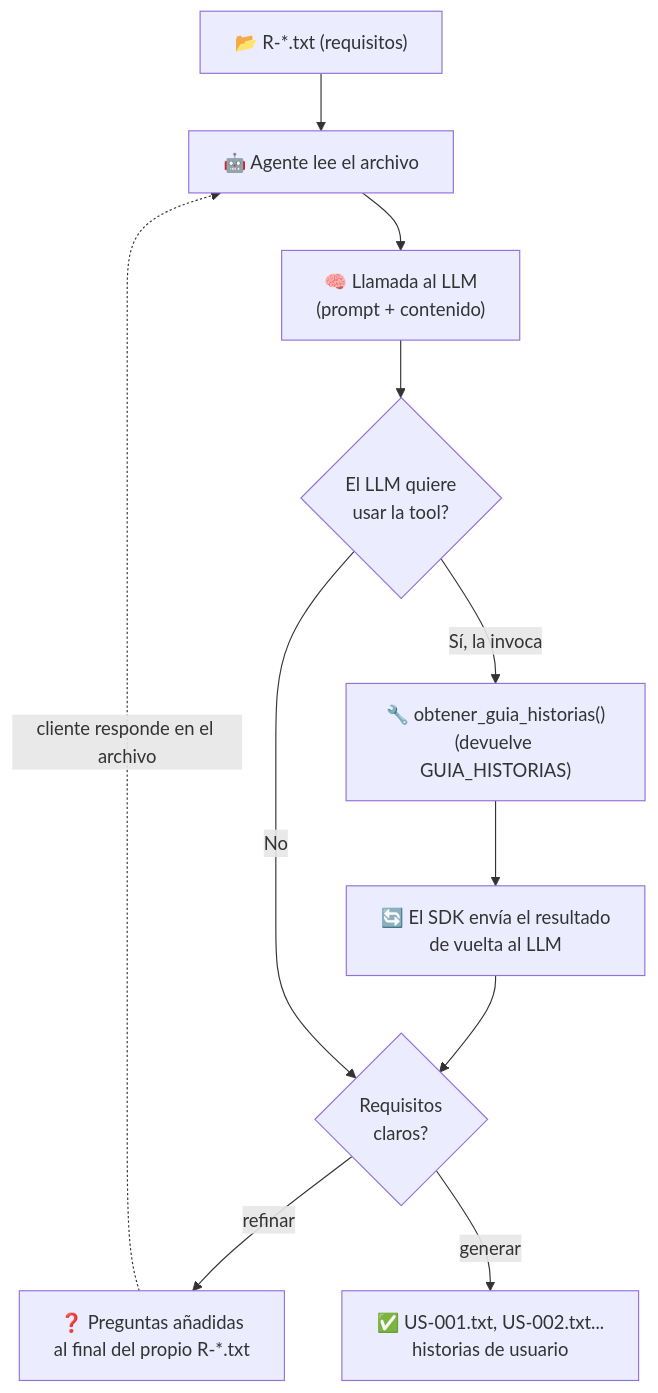
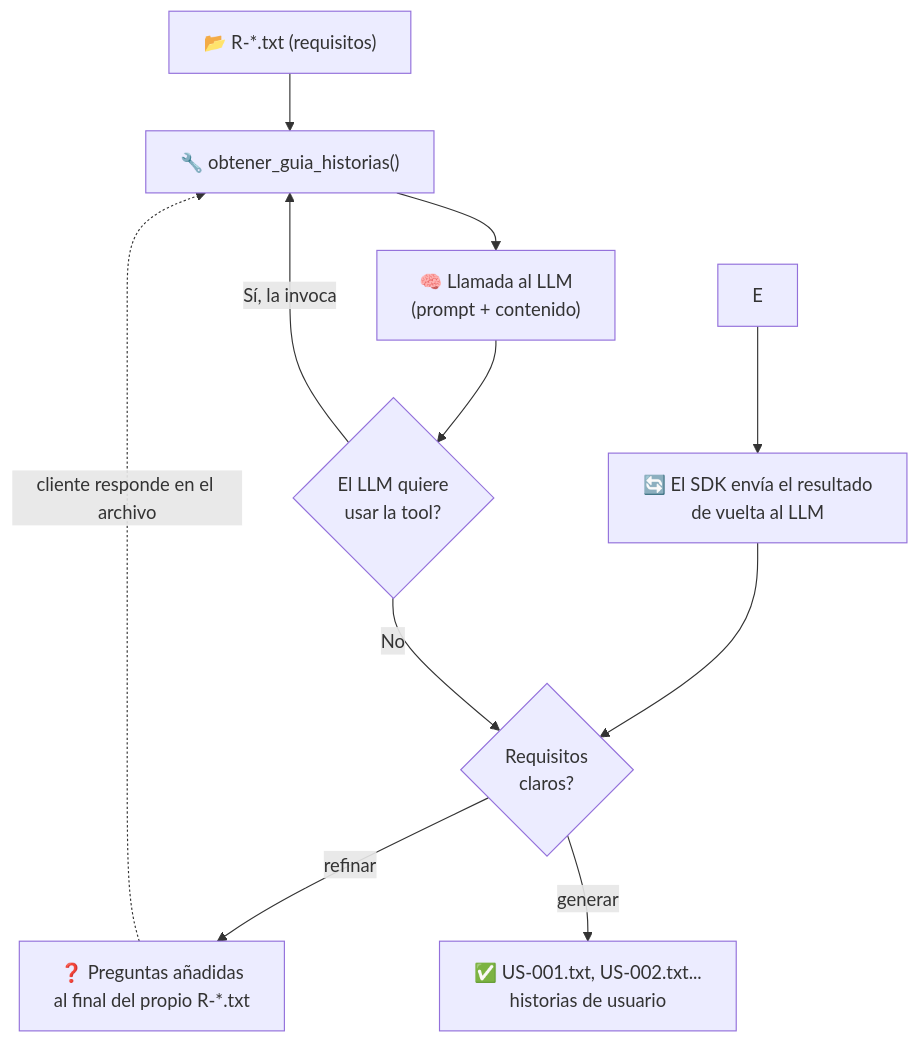
Before and after one commit to fcnatra/WorkshopAgent: the second of 2 diagrams in README.md, drawn with Mermaid.

Commit message:
Fix flowchart node reference in README.md

````diff
--- a/README.md
+++ b/README.md
@@ -25,13 +25,13 @@
 ```mermaid
 flowchart TD
     A["📂 R-*.txt (requisitos)"] --> B["🤖 Agente lee el archivo"]
     B --> C["🧠 Llamada al LLM\n(prompt + contenido)"]
     C --> D{"El LLM quiere\nusar la tool?"}
-    D -->|Sí, la invoca| E["🔧 obtener_guia_historias()\n(devuelve GUIA_HISTORIAS)"]
+    D -->|Sí, la invoca| B["🔧 obtener_guia_historias()\n"]
     E --> F["🔄 El SDK envía el resultado\nde vuelta al LLM"]
     F --> G{"Requisitos\nclaros?"}
     D -->|No| G
     G -->|"refinar"| H["❓ Preguntas añadidas\nal final del propio R-*.txt"]
     G -->|"generar"| I["✅ US-001.txt, US-002.txt...\nhistorias de usuario"]
     H -. "cliente responde en el archivo" .-> B
 ```
````
